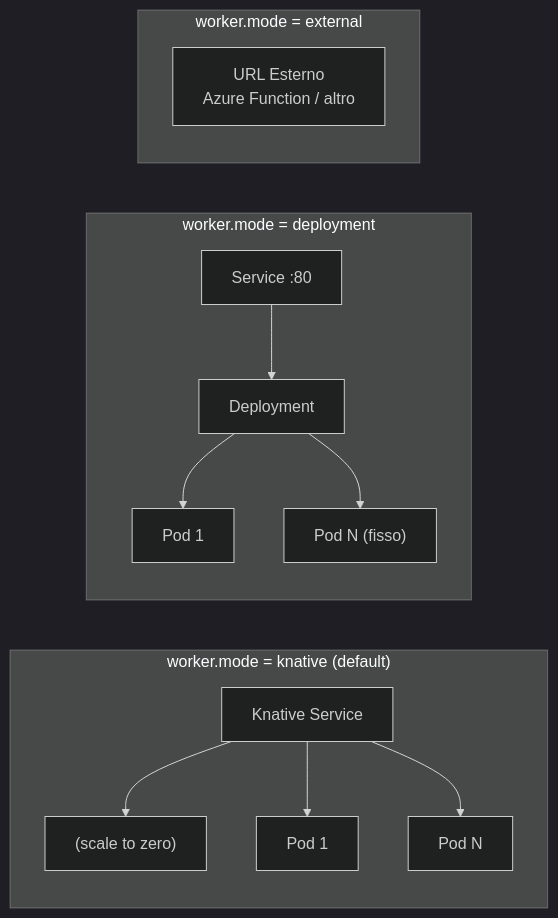
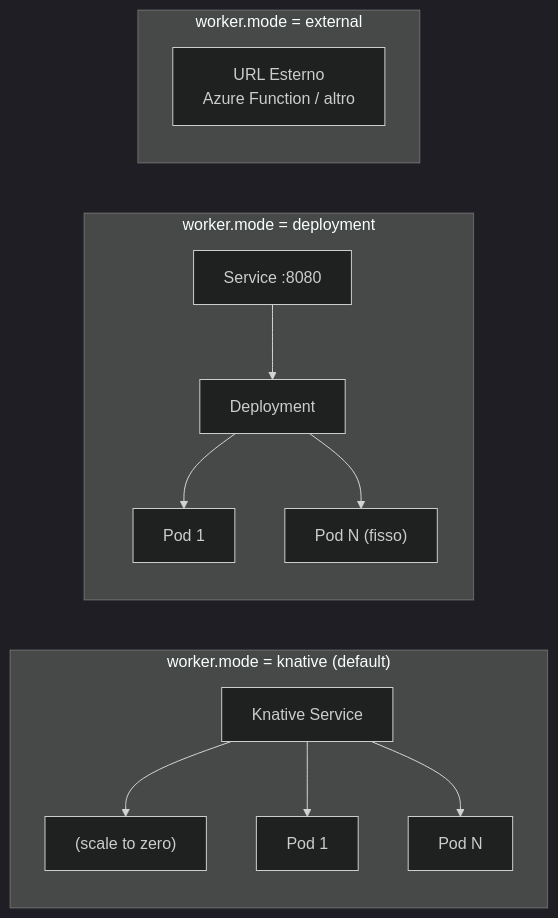
Before and after one commit to italia/api-oas-checker-eservice: the third of 6 diagrams in helm/README.md, drawn with Mermaid (dark theme). The commit also changed other lines of this file and 3 other files, not shown here.

First line of the commit message:
Rewrite documentation: cleaner, no emoji, add mermaid diagrams

````diff
--- a/helm/README.md
+++ b/helm/README.md
@@ -106,21 +106,21 @@
 ```mermaid
 graph LR
     subgraph knativeMode ["worker.mode = knative (default)"]
         ksvc["Knative Service"]
         ksvc --> p0["(scale to zero)"]
         ksvc --> p1[Pod 1]
         ksvc --> pN[Pod N]
     end
     
     subgraph deployMode ["worker.mode = deployment"]
         dep[Deployment]
-        svc[Service :80]
+        svc[Service :8080]
         dep --> dp1[Pod 1]
         dep --> dpN["Pod N (fisso)"]
         svc --> dep
     end
     
     subgraph extMode ["worker.mode = external"]
         url["URL Esterno<br/>Azure Function / altro"]
     end
 ```
````
